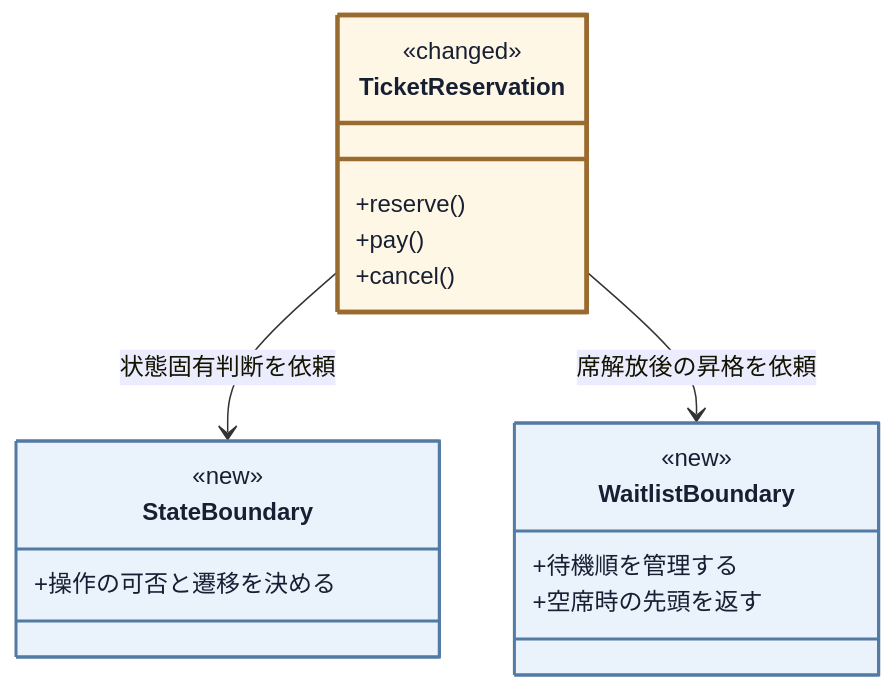
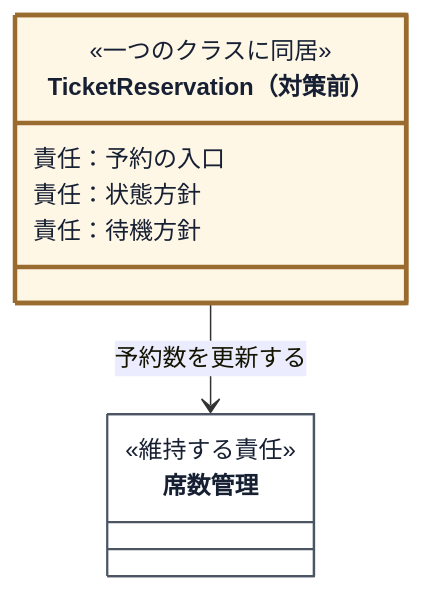
Before and after one commit to kumachan1101-pixel/DesignPattern: the tenth of 20 diagrams in kindle/design-patterns/books/volume01-core-patterns/output/04-chapter02.md, drawn with Mermaid. The commit also changed other lines of this file and 17 other files, not shown here.

````diff
--- a/kindle/design-patterns/books/volume01-core-patterns/output/04-chapter02.md
+++ b/kindle/design-patterns/books/volume01-core-patterns/output/04-chapter02.md
@@ -1469,25 +1416,18 @@
 ```mermaid
 classDiagram
     %% provisional-role-diagram
     direction TB
-    class TicketReservation:::touched {
-        <<changed>>
-        +reserve()
-        +pay()
-        +cancel()
+    class TrialReservation["TicketReservation（対策前）"]:::current {
+        <<一つのクラスに同居>>
+        責任：予約の入口
+        責任：状態方針
+        責任：待機方針
     }
-    class StateBoundary:::added {
-        <<new>>
-        +操作の可否と遷移を決める
+    class SeatCount["席数管理"]:::stable {
+        <<維持する責任>>
     }
-    class WaitlistBoundary:::added {
-        <<new>>
-        +待機順を管理する
-        +空席時の先頭を返す
-    }
-    TicketReservation --> StateBoundary : 状態固有判断を依頼
-    TicketReservation --> WaitlistBoundary : 席解放後の昇格を依頼
+    TrialReservation --> SeatCount : 予約数を更新する
 
-    classDef added fill:#eaf2fb,stroke:#527aa3,stroke-width:2px,color:#172033;
-    classDef touched fill:#fff7e6,stroke:#9a6b2f,stroke-width:3px,color:#172033;
+    classDef stable fill:#ffffff,stroke:#4b5563,stroke-width:1.5px,color:#172033;
+    classDef current fill:#fff7e6,stroke:#9a6b2f,stroke-width:3px,color:#172033;
 ```
````
